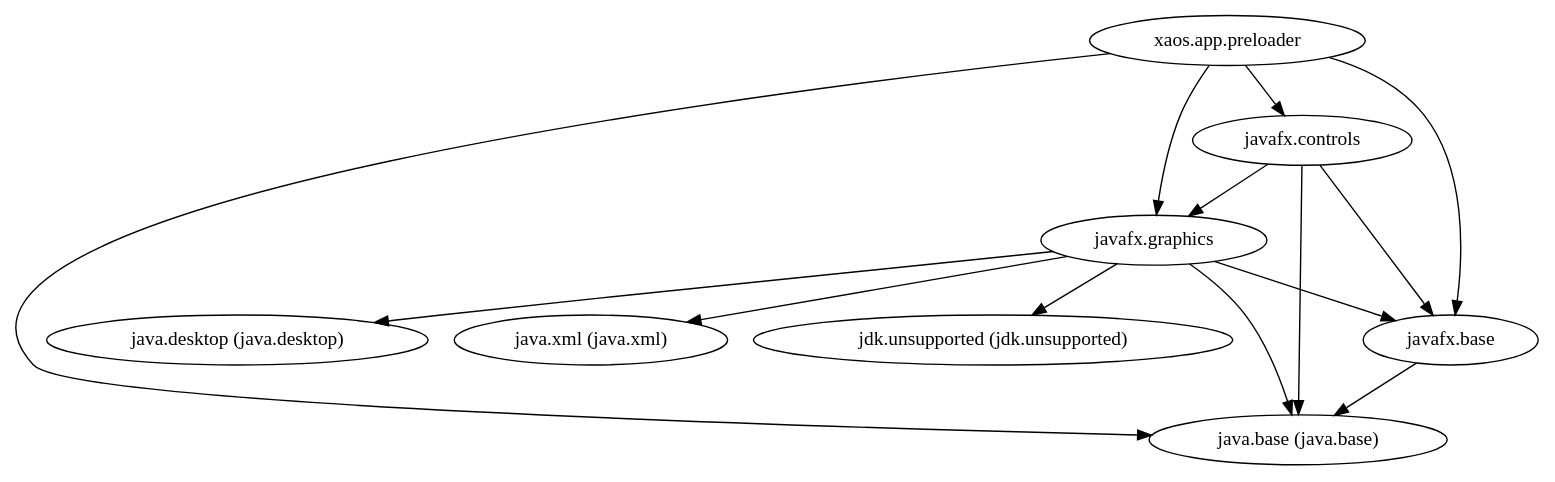
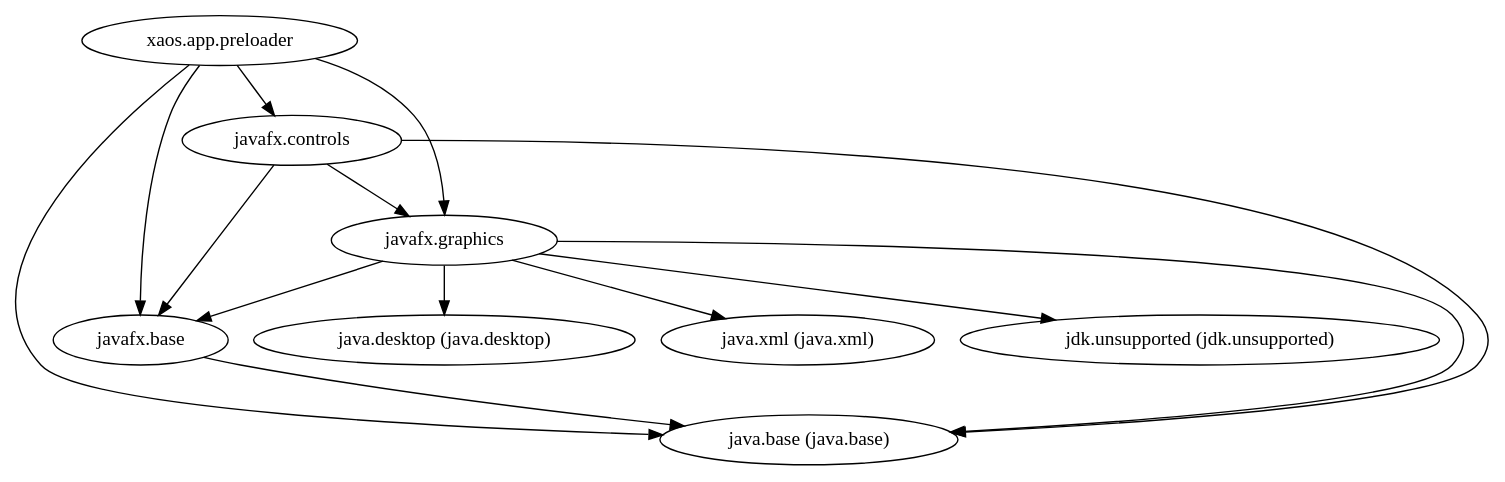
One commit to ESSICS/XAOS changed the diagram in xaos.app.preloader.module/doc/module-dependencies.dot. Above: the diagram before and after it, drawn with Graphviz. The commit also changed other lines of this file and 31 other files, not shown here.

```diff
--- a/xaos.app.preloader.module/doc/module-dependencies.dot
+++ b/xaos.app.preloader.module/doc/module-dependencies.dot
@@ -1,15 +1,15 @@
 digraph "summary" {
-  "javafx.controls"                                  -> "java.base (java.base)";
-  "javafx.controls"                                  -> "javafx.base";
-  "javafx.controls"                                  -> "javafx.graphics";
   "javafx.base"                                      -> "java.base (java.base)";
   "javafx.graphics"                                  -> "java.base (java.base)";
   "javafx.graphics"                                  -> "java.desktop (java.desktop)";
   "javafx.graphics"                                  -> "java.xml (java.xml)";
   "javafx.graphics"                                  -> "javafx.base";
   "javafx.graphics"                                  -> "jdk.unsupported (jdk.unsupported)";
+  "javafx.controls"                                  -> "java.base (java.base)";
+  "javafx.controls"                                  -> "javafx.base";
+  "javafx.controls"                                  -> "javafx.graphics";
   "xaos.app.preloader"                               -> "java.base (java.base)";
   "xaos.app.preloader"                               -> "javafx.base";
   "xaos.app.preloader"                               -> "javafx.controls";
   "xaos.app.preloader"                               -> "javafx.graphics";
 }
```
